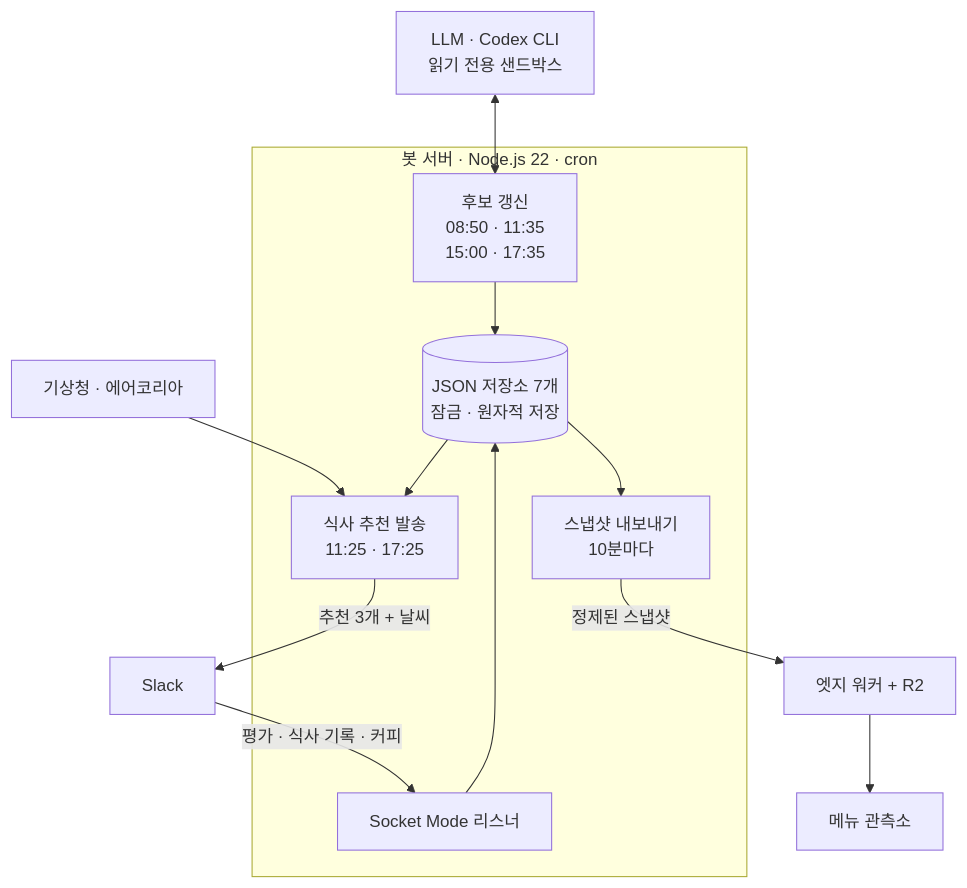
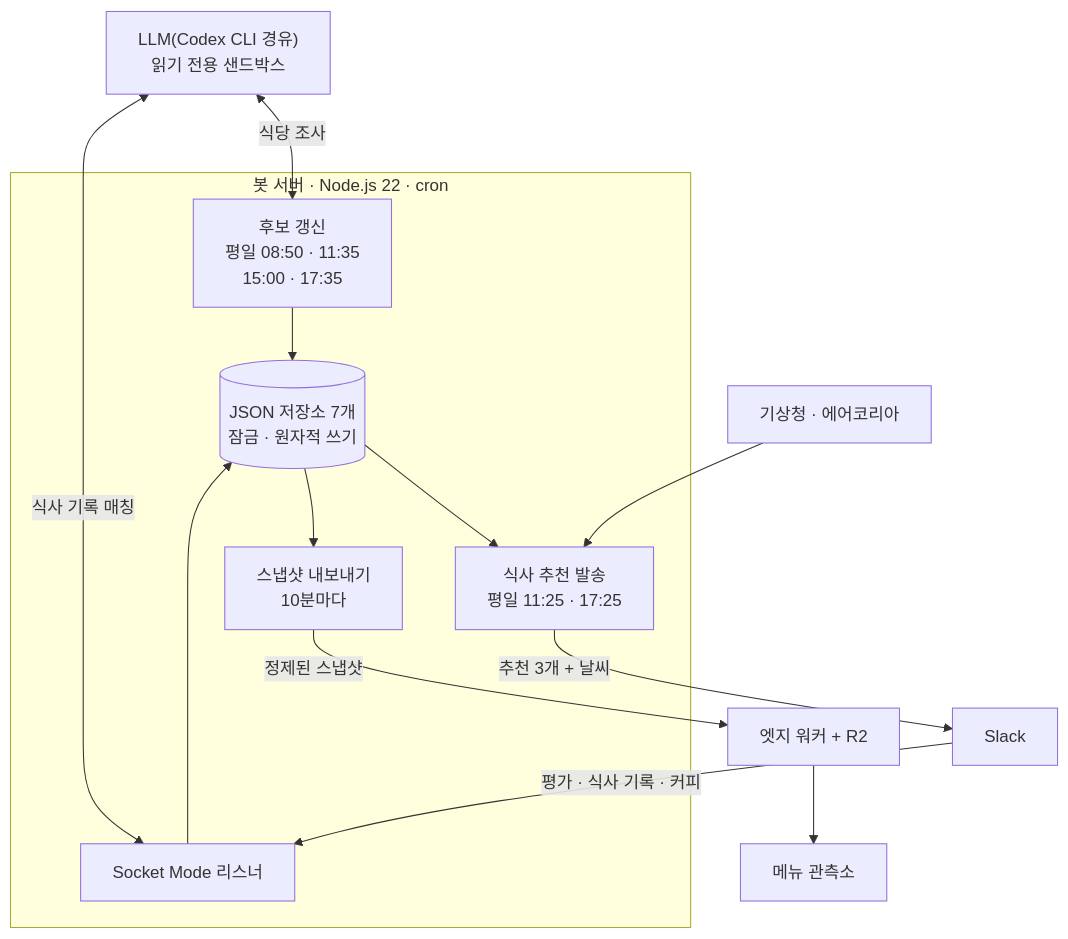
Before and after one commit to jumincho/ojeommwo: the diagram in README.ko.md, drawn with Mermaid. The commit also changed other lines of this file and 3 other files, not shown here.

````diff
--- a/README.ko.md
+++ b/README.ko.md
@@ -45,26 +47,27 @@
 ```mermaid
 flowchart TB
-  llm["LLM · Codex CLI<br/>읽기 전용 샌드박스"]
+  llm["LLM(Codex CLI 경유)<br/>읽기 전용 샌드박스"]
   weather["기상청 · 에어코리아"]
   subgraph bot["봇 서버 · Node.js 22 · cron"]
-    refresh["후보 갱신<br/>08:50 · 11:35<br/>15:00 · 17:35"]
-    post["식사 추천 발송<br/>11:25 · 17:25"]
-    store[("JSON 저장소 7개<br/>잠금 · 원자적 저장")]
+    refresh["후보 갱신<br/>평일 08:50 · 11:35<br/>15:00 · 17:35"]
+    post["식사 추천 발송<br/>평일 11:25 · 17:25"]
+    store[("JSON 저장소 7개<br/>잠금 · 원자적 쓰기")]
     listener["Socket Mode 리스너"]
     export["스냅샷 내보내기<br/>10분마다"]
   end
   slack["Slack"]
   edge["엣지 워커 + R2"]
   browser["메뉴 관측소"]
 
-  llm <--> refresh
+  llm <-->|"식당 조사"| refresh
+  llm <-->|"식사 기록 매칭"| listener
   weather --> post
   refresh --> store
   store --> post
   post -->|"추천 3개 + 날씨"| slack
   slack -->|"평가 · 식사 기록 · 커피"| listener
   listener --> store
   store --> export
   export -->|"정제된 스냅샷"| edge
   edge --> browser
 ```
````
